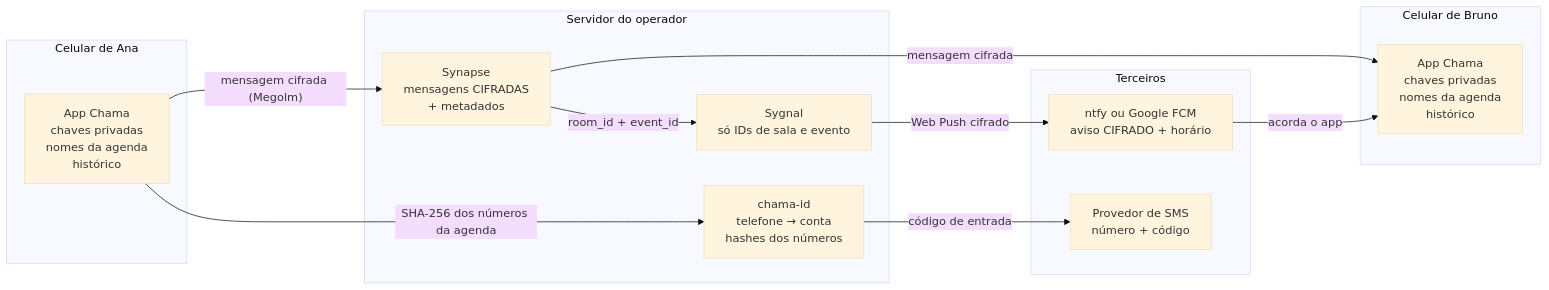
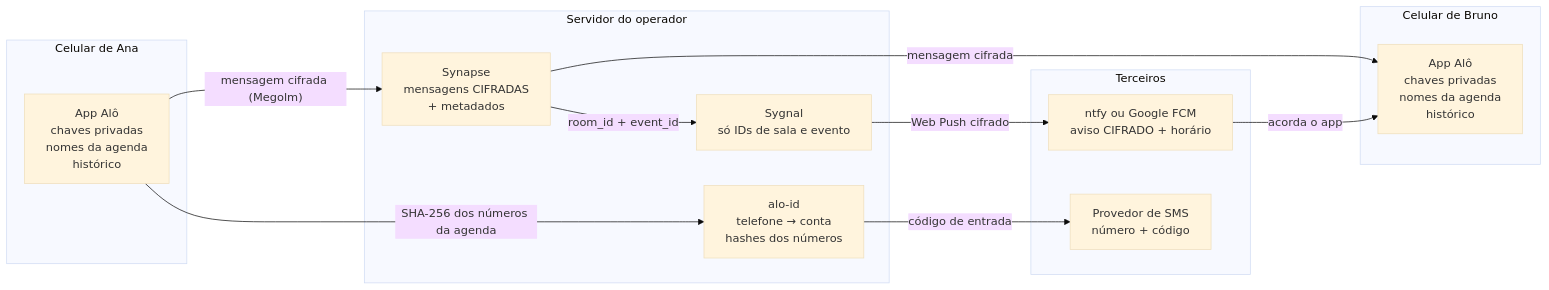
Before and after one commit to kaiomp/alo: the first of 3 diagrams in docs/seguranca-e-privacidade.md, drawn with Mermaid (base theme). The commit also changed other lines of this file and 153 other files, not shown here.

First line of the commit message:
Rename chama to alo across code, packages, server and docs

````diff
--- a/docs/seguranca-e-privacidade.md
+++ b/docs/seguranca-e-privacidade.md
@@ -32,26 +32,26 @@
 ```mermaid
 flowchart LR
     subgraph A["Celular de Ana"]
-        a_app["App Chama<br/>chaves privadas<br/>nomes da agenda<br/>histórico"]
+        a_app["App Alô<br/>chaves privadas<br/>nomes da agenda<br/>histórico"]
     end
     subgraph B["Celular de Bruno"]
-        b_app["App Chama<br/>chaves privadas<br/>nomes da agenda<br/>histórico"]
+        b_app["App Alô<br/>chaves privadas<br/>nomes da agenda<br/>histórico"]
     end
     subgraph OP["Servidor do operador"]
         syn["Synapse<br/>mensagens CIFRADAS<br/>+ metadados"]
-        cid["chama-id<br/>telefone → conta<br/>hashes dos números"]
+        cid["alo-id<br/>telefone → conta<br/>hashes dos números"]
         syg["Sygnal<br/>só IDs de sala e evento"]
     end
     subgraph FORA["Terceiros"]
         smsp["Provedor de SMS<br/>número + código"]
         dist["ntfy ou Google FCM<br/>aviso CIFRADO + horário"]
     end
 
     a_app -- "mensagem cifrada (Megolm)" --> syn
     syn -- "mensagem cifrada" --> b_app
     a_app -- "SHA-256 dos números da agenda" --> cid
     cid -- "código de entrada" --> smsp
     syn -- "room_id + event_id" --> syg
     syg -- "Web Push cifrado" --> dist
     dist -- "acorda o app" --> b_app
 ```
````
